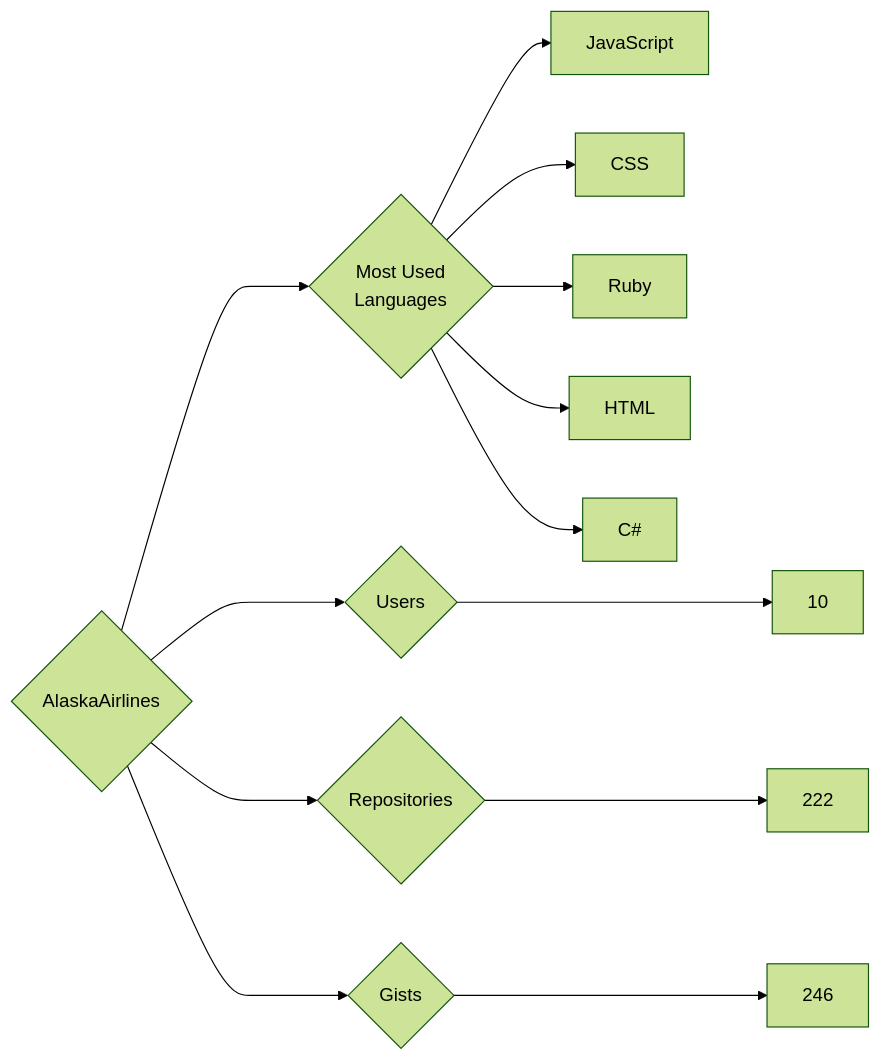
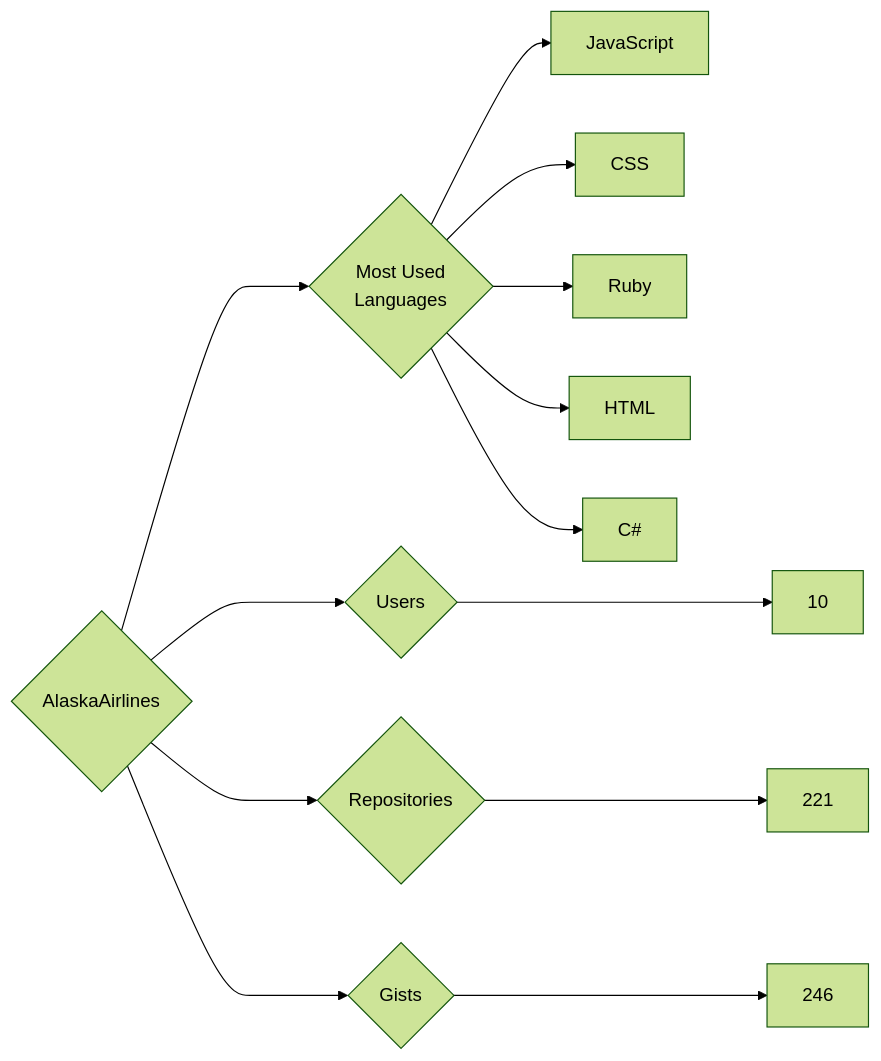
Before and after one commit to trickest/insiders: the diagram in targets/AlaskaAirlines/README.md, drawn with Mermaid (forest theme). The commit also changed 984 other files, not shown here.

````diff
--- a/targets/AlaskaAirlines/README.md
+++ b/targets/AlaskaAirlines/README.md
@@ -3,13 +3,13 @@
 ```mermaid
 graph LR
 COMPANY_NAME{AlaskaAirlines}
 COMPANY_NAME ---> U{Users} ---> UN[10]
-COMPANY_NAME ---> R{Repositories} ---> RN[222]
+COMPANY_NAME ---> R{Repositories} ---> RN[221]
 COMPANY_NAME ---> G{Gists} ---> GN[246]
 COMPANY_NAME ---> ML{Most Used<br>Languages}
 ML --> JavaScript[JavaScript]
 ML --> CSS[CSS]
 ML --> Ruby[Ruby]
 ML --> HTML[HTML]
 ML --> C#[C#]
 ```
````
